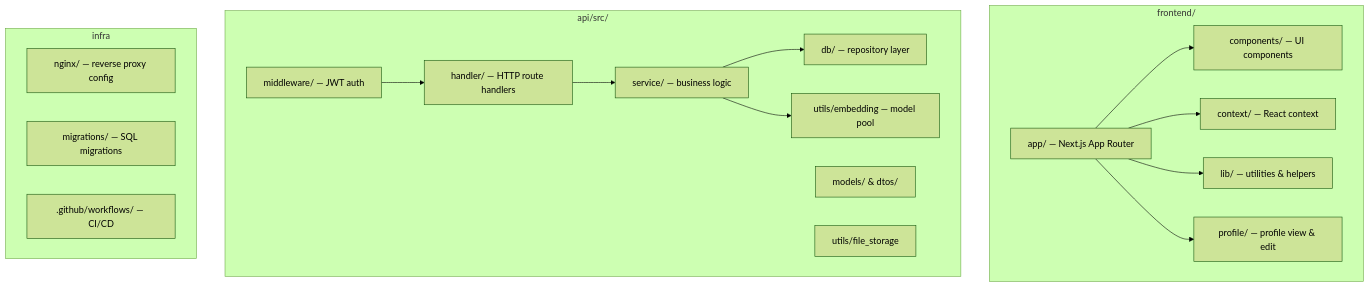
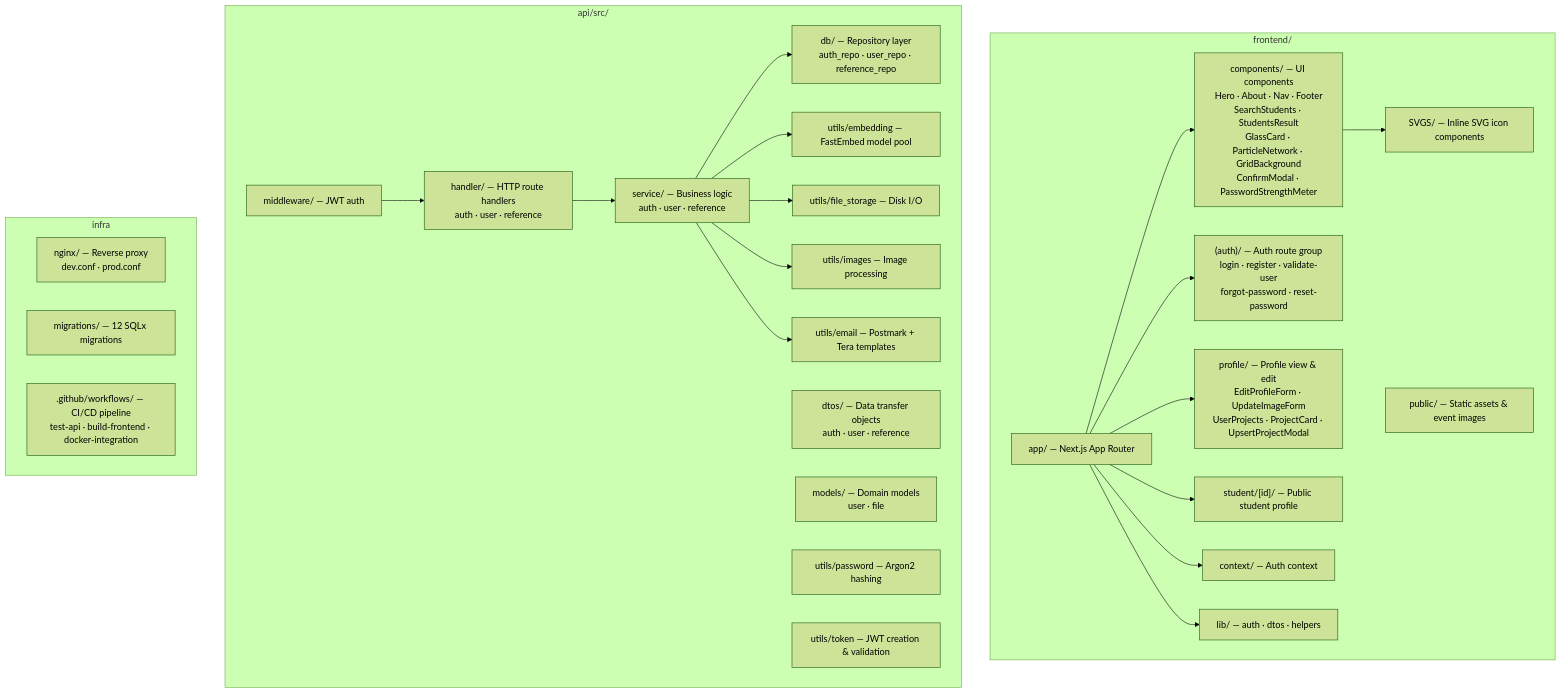
The fourth of 6 diagrams in README.md (Kroplewski-M/student_showcase), drawn with Mermaid (forest theme) before and after one commit. The commit also changed other lines of this file, not shown here.

````diff
--- a/README.md
+++ b/README.md
@@ -159,34 +177,49 @@
 ```mermaid
 graph TD
     subgraph frontend["frontend/"]
         F1["app/ — Next.js App Router"]
-        F2["components/ — UI components"]
-        F3["context/ — React context"]
-        F4["lib/ — utilities & helpers"]
-        F5["profile/ — profile view & edit"]
+        F2["components/ — UI components\nHero · About · Nav · Footer\nSearchStudents · StudentsResult\nGlassCard · ParticleNetwork · GridBackground\nConfirmModal · PasswordStrengthMeter"]
+        F3["(auth)/ — Auth route group\nlogin · register · validate-user\nforgot-password · reset-password"]
+        F4["profile/ — Profile view & edit\nEditProfileForm · UpdateImageForm\nUserProjects · ProjectCard · UpsertProjectModal"]
+        F5["student/[id]/ — Public student profile"]
+        F6["context/ — Auth context"]
+        F7["lib/ — auth · dtos · helpers"]
+        F8["SVGS/ — Inline SVG icon components"]
+        F9["public/ — Static assets & event images"]
         F1 --> F2
         F1 --> F3
         F1 --> F4
         F1 --> F5
+        F1 --> F6
+        F1 --> F7
+        F2 --> F8
     end
 
     subgraph api["api/src/"]
-        A1["handler/ — HTTP route handlers"]
-        A2["service/ — business logic"]
-        A3["db/ — repository layer"]
+        A1["handler/ — HTTP route handlers\nauth · user · reference"]
+        A2["service/ — Business logic\nauth · user · reference"]
+        A3["db/ — Repository layer\nauth_repo · user_repo · reference_repo"]
         A4["middleware/ — JWT auth"]
-        A5["models/ & dtos/"]
-        A6["utils/embedding — model pool"]
-        A7["utils/file_storage"]
+        A5["dtos/ — Data transfer objects\nauth · user · reference"]
+        A6["models/ — Domain models\nuser · file"]
+        A7["utils/embedding — FastEmbed model pool"]
+        A8["utils/file_storage — Disk I/O"]
+        A9["utils/images — Image processing"]
+        A10["utils/email — Postmark + Tera templates"]
+        A11["utils/password — Argon2 hashing"]
+        A12["utils/token — JWT creation & validation"]
         A1 --> A2
         A2 --> A3
-        A2 --> A6
+        A2 --> A7
+        A2 --> A8
+        A2 --> A9
+        A2 --> A10
         A4 --> A1
     end
 
     subgraph infra["infra"]
-        I1["nginx/ — reverse proxy config"]
-        I2["migrations/ — SQL migrations"]
-        I3[".github/workflows/ — CI/CD"]
+        I1["nginx/ — Reverse proxy\ndev.conf · prod.conf"]
+        I2["migrations/ — 12 SQLx migrations"]
+        I3[".github/workflows/ — CI/CD pipeline\ntest-api · build-frontend · docker-integration"]
     end
 ```
````
